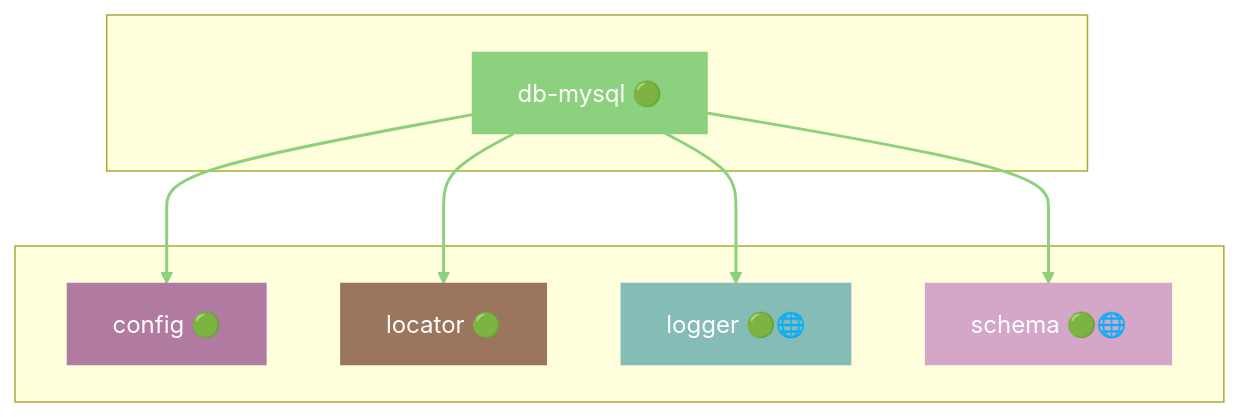
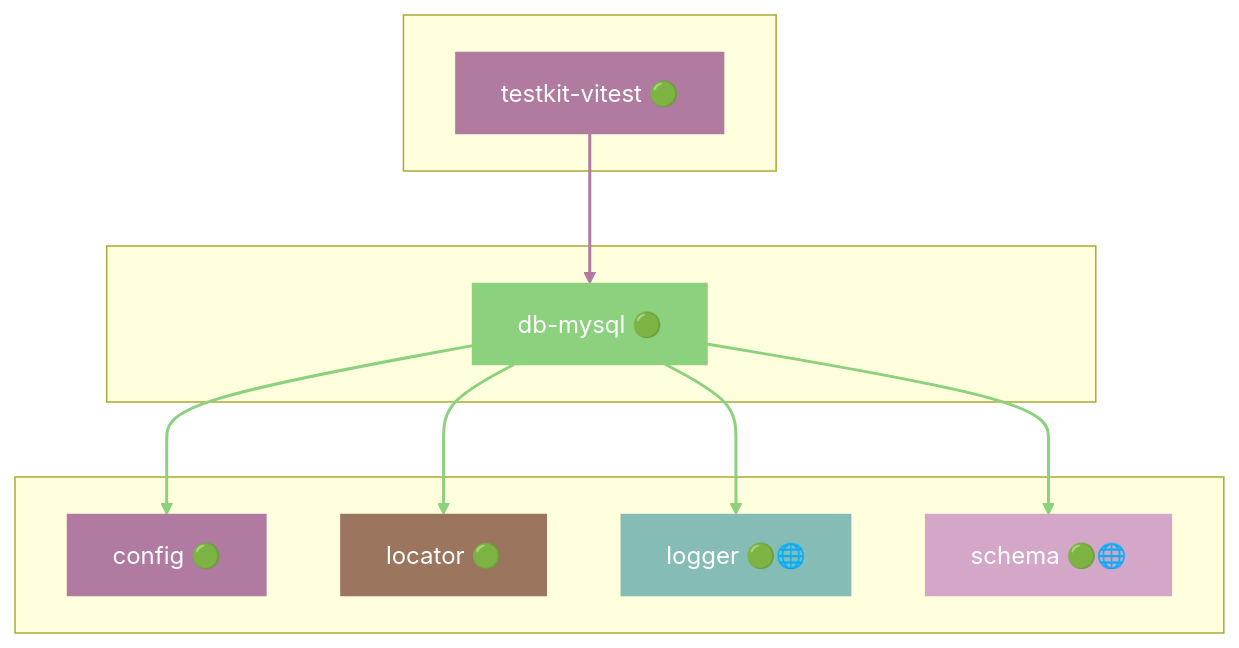
Diagram 13 of 47 in docs/DEPENDENCIES.md (grest-ts/grest-ts), drawn with Mermaid before and after one commit. The commit also changed other lines of this file and 93 other files, not shown here.

````diff
--- a/docs/DEPENDENCIES.md
+++ b/docs/DEPENDENCIES.md
@@ -825,25 +849,31 @@
 ```mermaid
 flowchart TB
+    subgraph Dependents[" "]
+        testkit-vitest["testkit-vitest 🟢"]
+    end
     subgraph Package[" "]
         db-mysql["db-mysql 🟢"]
     end
     subgraph Dependencies[" "]
         config["config 🟢"]
         locator["locator 🟢"]
         logger["logger 🟢🌐"]
         schema["schema 🟢🌐"]
     end
+    testkit-vitest --> db-mysql
     db-mysql --> config
     db-mysql --> locator
     db-mysql --> logger
     db-mysql --> schema
     style db-mysql fill:#8CD17D,stroke:#8CD17D,color:#fff
+    style testkit-vitest fill:#B07AA1,stroke:#B07AA1,color:#fff
     style config fill:#B07AA1,stroke:#B07AA1,color:#fff
     style locator fill:#9C755F,stroke:#9C755F,color:#fff
     style logger fill:#86BCB6,stroke:#86BCB6,color:#fff
     style schema fill:#D4A6C8,stroke:#D4A6C8,color:#fff
-    linkStyle 0 stroke:#8CD17D,stroke-width:2px
+    linkStyle 0 stroke:#B07AA1,stroke-width:2px
     linkStyle 1 stroke:#8CD17D,stroke-width:2px
     linkStyle 2 stroke:#8CD17D,stroke-width:2px
     linkStyle 3 stroke:#8CD17D,stroke-width:2px
+    linkStyle 4 stroke:#8CD17D,stroke-width:2px
 ```
````
